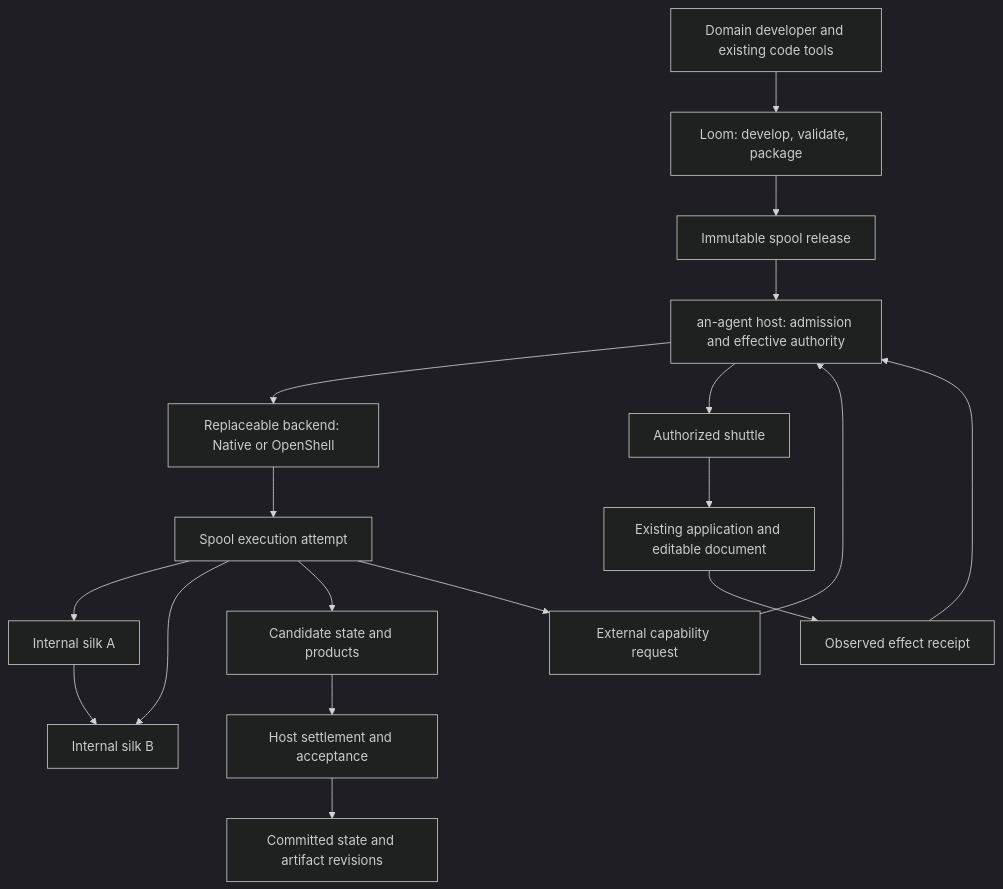
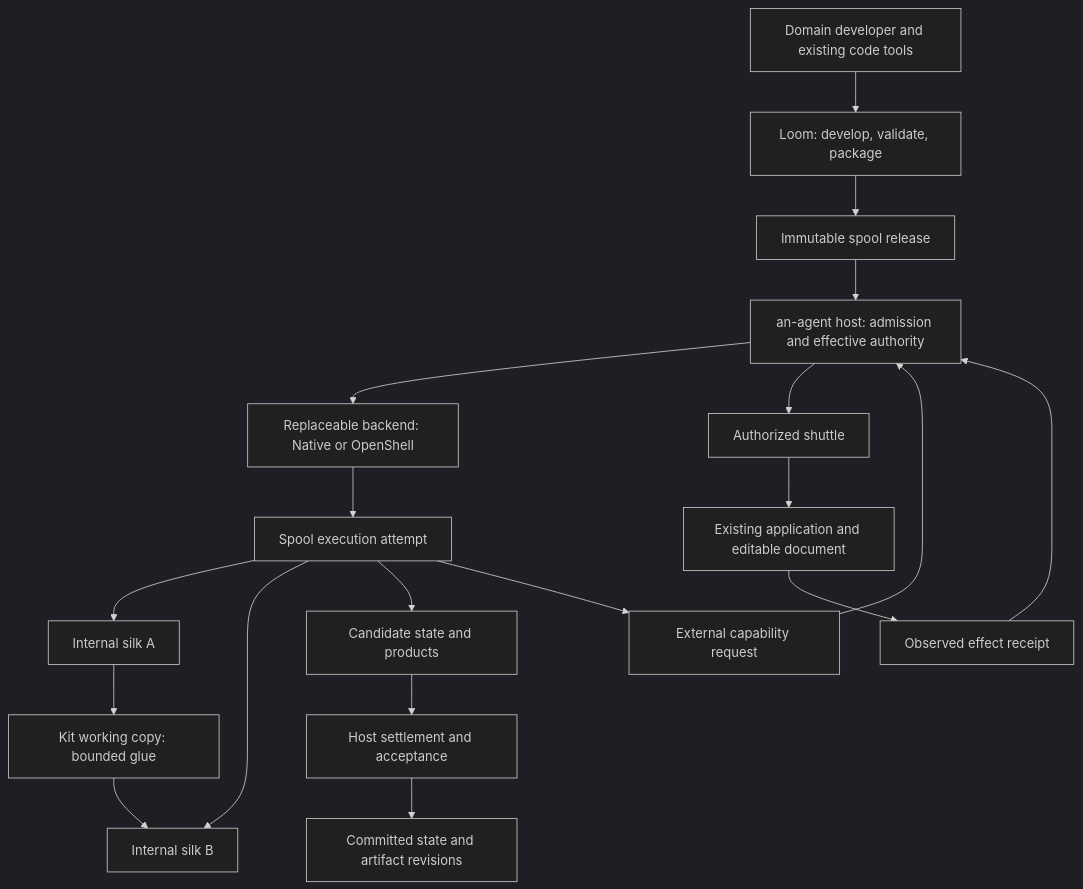
Before and after one commit to lazyalexander/an-agent: the diagram in doc/architecture.md, drawn with Mermaid (dark theme). The commit also changed other lines of this file and 8 other files, not shown here.

Commit message:
docs: define stable silks and adaptable kit working copies

````diff
--- a/doc/architecture.md
+++ b/doc/architecture.md
@@ -22,20 +23,21 @@
 ```mermaid
 flowchart TB
     Developer[Domain developer and existing code tools] --> Loom[Loom: develop, validate, package]
     Loom --> Release[Immutable spool release]
     Release --> Host[an-agent host: admission and effective authority]
     Host --> Backend[Replaceable backend: Native or OpenShell]
     Backend --> Attempt[Spool execution attempt]
     Attempt --> A[Internal silk A]
     Attempt --> B[Internal silk B]
-    A --> B
+    A --> K[Kit working copy: bounded glue]
+    K --> B
     Attempt --> Output[Candidate state and products]
     Output --> Acceptance[Host settlement and acceptance]
     Acceptance --> Custody[Committed state and artifact revisions]
     Attempt --> Request[External capability request]
     Request --> Host
     Host --> Shuttle[Authorized shuttle]
     Shuttle --> App[Existing application and editable document]
     App --> Receipt[Observed effect receipt]
     Receipt --> Host
 ```
````
